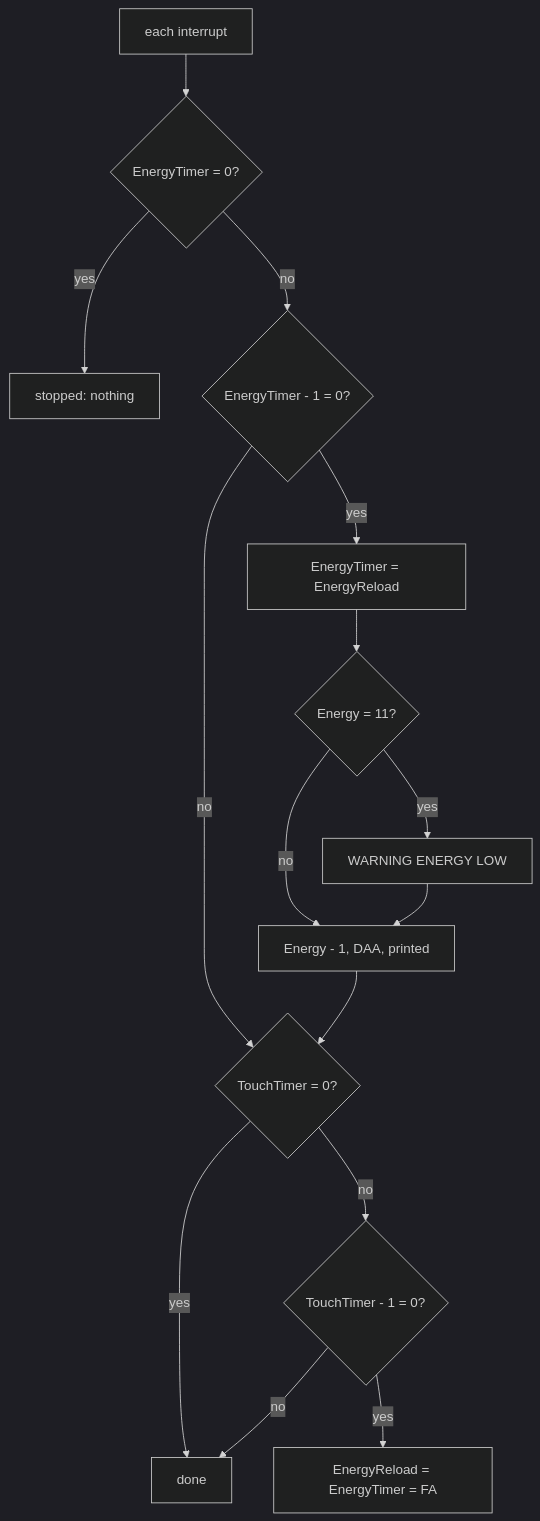
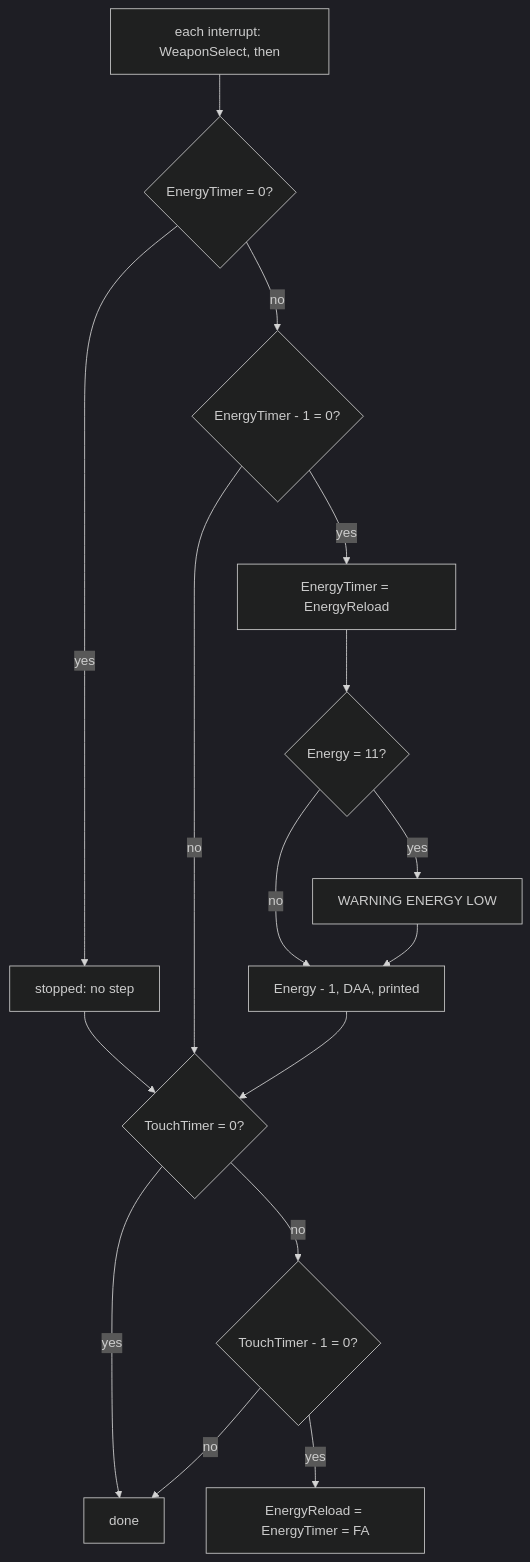
Before and after one commit to alfishe/unrealng-reverse-cases: the fourth of 13 diagrams in games/tujad/docs/10-gameplay-logic.md, drawn with Mermaid (dark theme). The commit also changed other lines of this file and 44 other files, not shown here.

````diff
--- a/games/tujad/docs/10-gameplay-logic.md
+++ b/games/tujad/docs/10-gameplay-logic.md
@@ -306,17 +321,18 @@
 ```mermaid
 flowchart TD
-    I[each interrupt] --> E{EnergyTimer = 0?}
-    E -- yes --> S[stopped: nothing]
+    I[each interrupt: WeaponSelect, then] --> E{EnergyTimer = 0?}
+    E -- yes --> S[stopped: no step]
+    S --> DT
     E -- no --> D{EnergyTimer - 1 = 0?}
     D -- no --> DT
     D -- yes --> RL[EnergyTimer = EnergyReload]
     RL --> W{Energy = 11?}
     W -- yes --> MSG[WARNING ENERGY LOW]
     W -- no --> SUB
     MSG --> SUB[Energy - 1, DAA, printed]
     SUB --> DT{TouchTimer = 0?}
     DT -- yes --> X[done]
     DT -- no --> T2{TouchTimer - 1 = 0?}
     T2 -- yes --> RS[EnergyReload = EnergyTimer = FA]
     T2 -- no --> X
 ```
````
